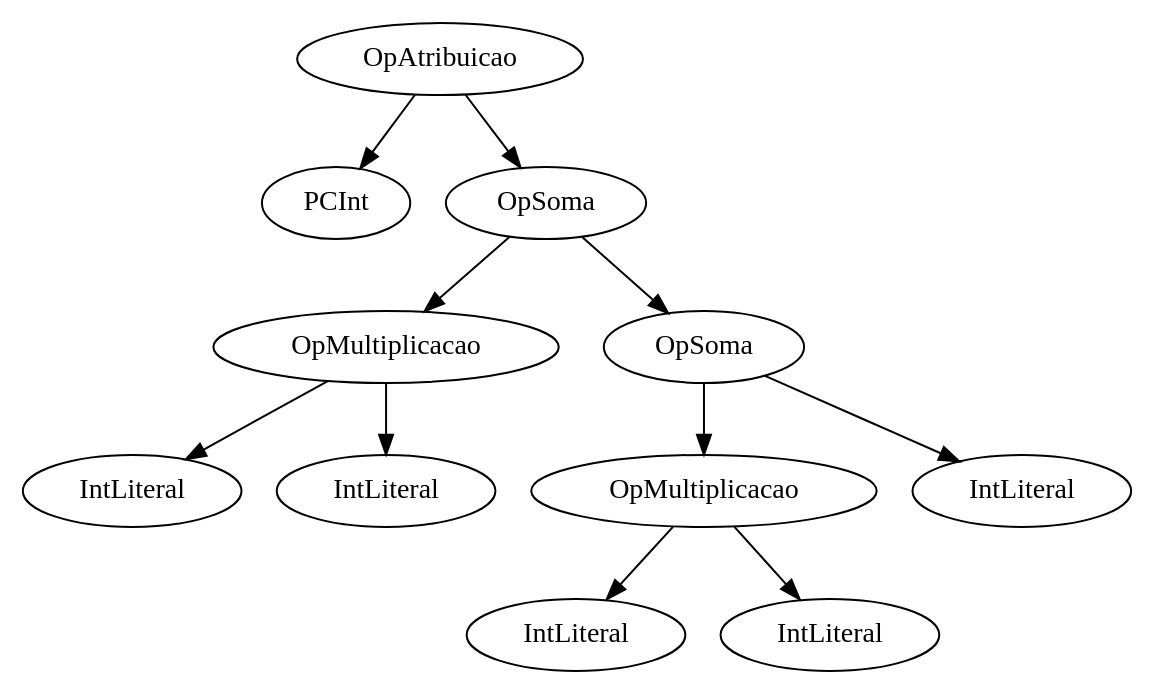
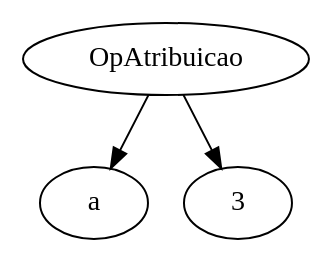
One commit to k4t0mono/tp-compiladores changed the diagram in arvore.dot. Above: the diagram before and after it, drawn with Graphviz. The commit also changed 9 other files, not shown here.

```diff
--- a/arvore.dot
+++ b/arvore.dot
@@ -1,26 +1,10 @@
 digraph {
 
 	0 [label="OpAtribuicao"]
-	1 [label="PCInt"]
-	2 [label="OpSoma"]
-	3 [label="OpMultiplicacao"]
-	4 [label="IntLiteral"]
-	5 [label="IntLiteral"]
-	6 [label="OpSoma"]
-	7 [label="OpMultiplicacao"]
-	8 [label="IntLiteral"]
-	9 [label="IntLiteral"]
-	10 [label="IntLiteral"]
+	1 [label="a"]
+	2 [label="3"]
 
 	0 -> 1
 	0 -> 2
-	2 -> 3
-	3 -> 4
-	3 -> 5
-	2 -> 6
-	6 -> 7
-	7 -> 8
-	7 -> 9
-	6 -> 10
 
 }
```
